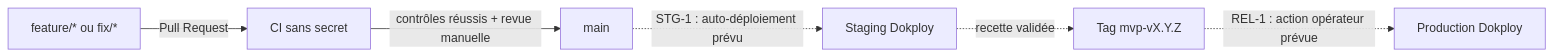
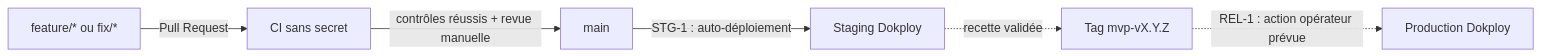
One commit to dev-vauclaire/mevo2glpi changed the diagram in docs/ci-cd.md. Above: the diagram before and after it, drawn with Mermaid. The commit also changed other lines of this file and 53 other files, not shown here.

Commit message:
feat(staging): add isolated Dokploy environment

````diff
--- a/docs/ci-cd.md
+++ b/docs/ci-cd.md
@@ -10,8 +10,8 @@
 ```mermaid
 flowchart LR
     Feature[feature/* ou fix/*] -->|Pull Request| CI[CI sans secret]
     CI -->|contrôles réussis + revue manuelle| Main[main]
-    Main -.->|STG-1 : auto-déploiement prévu| Staging[Staging Dokploy]
+    Main -->|STG-1 : auto-déploiement| Staging[Staging Dokploy]
     Staging -.->|recette validée| Tag[Tag mvp-vX.Y.Z]
     Tag -.->|REL-1 : action opérateur prévue| Production[Production Dokploy]
 ```
````
